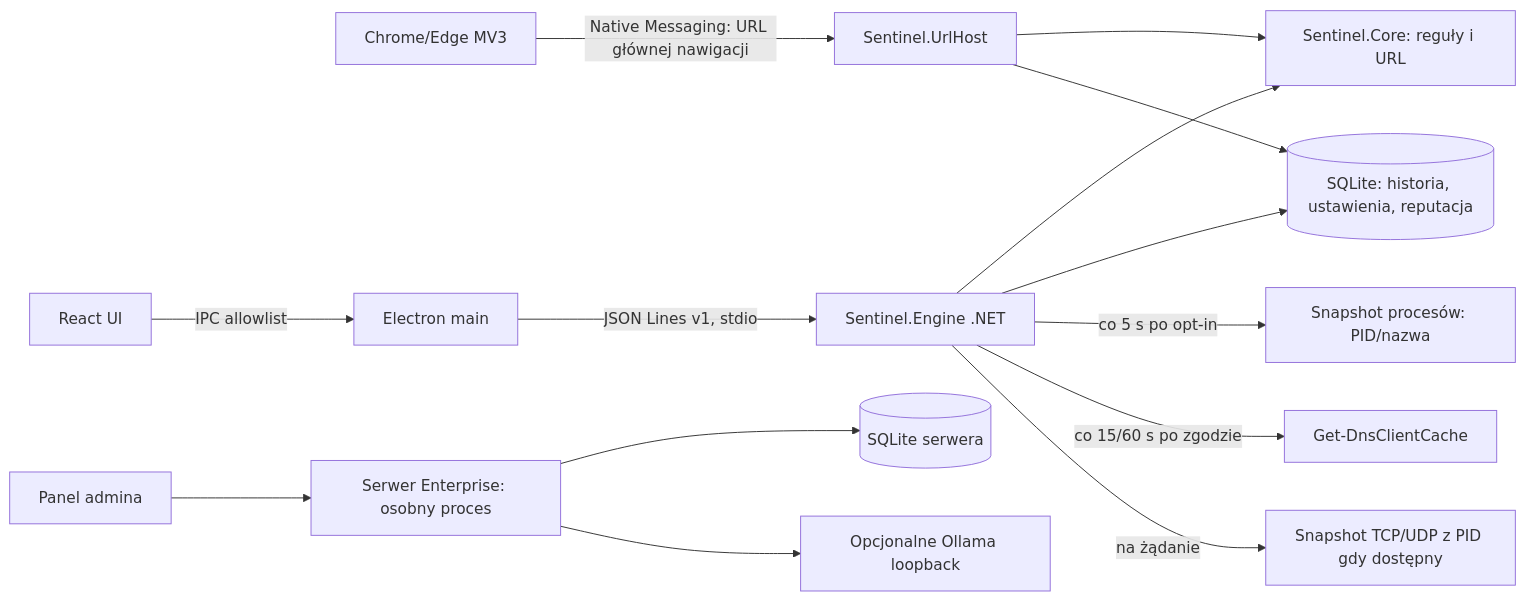
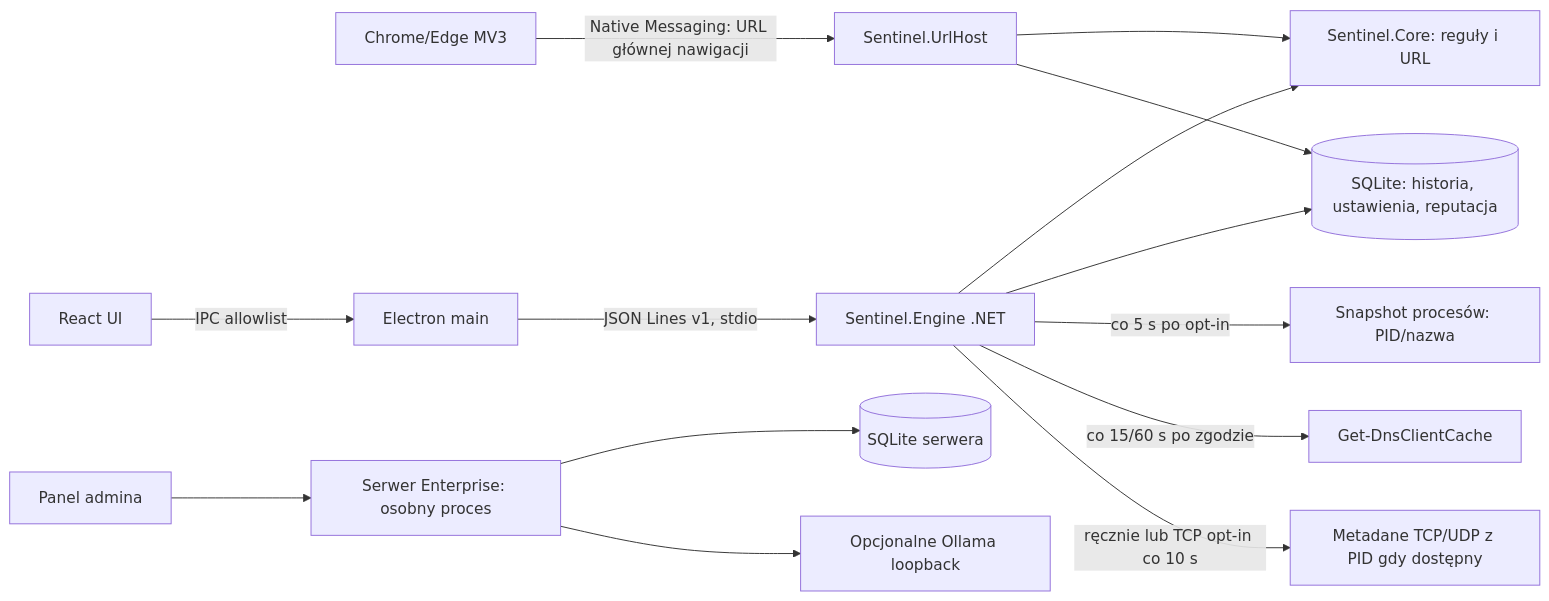
Before and after one commit to Matyyyy68/asystent: the diagram in docs/IMPLEMENTATION_GAP_ANALYSIS.md, drawn with Mermaid. The commit also changed other lines of this file and 19 other files, not shown here.

````diff
--- a/docs/IMPLEMENTATION_GAP_ANALYSIS.md
+++ b/docs/IMPLEMENTATION_GAP_ANALYSIS.md
@@ -12,16 +12,16 @@
 ```mermaid
 flowchart LR
   B[Chrome/Edge MV3] -->|Native Messaging: URL głównej nawigacji| H[Sentinel.UrlHost]
   UI[React UI] -->|IPC allowlist| E[Electron main]
   E -->|JSON Lines v1, stdio| P[Sentinel.Engine .NET]
   P --> C[Sentinel.Core: reguły i URL]
   P --> DB[(SQLite: historia, ustawienia, reputacja)]
   P -->|co 5 s po opt-in| PROC[Snapshot procesów: PID/nazwa]
   P -->|co 15/60 s po zgodzie| DNS[Get-DnsClientCache]
-  P -->|na żądanie| TCP[Snapshot TCP/UDP z PID gdy dostępny]
+  P -->|ręcznie lub TCP opt-in co 10 s| TCP[Metadane TCP/UDP z PID gdy dostępny]
   H --> C
   H --> DB
   SUI[Panel admina] --> API[Serwer Enterprise: osobny proces]
   API --> SDB[(SQLite serwera)]
   API --> AI[Opcjonalne Ollama loopback]
 ```
````
